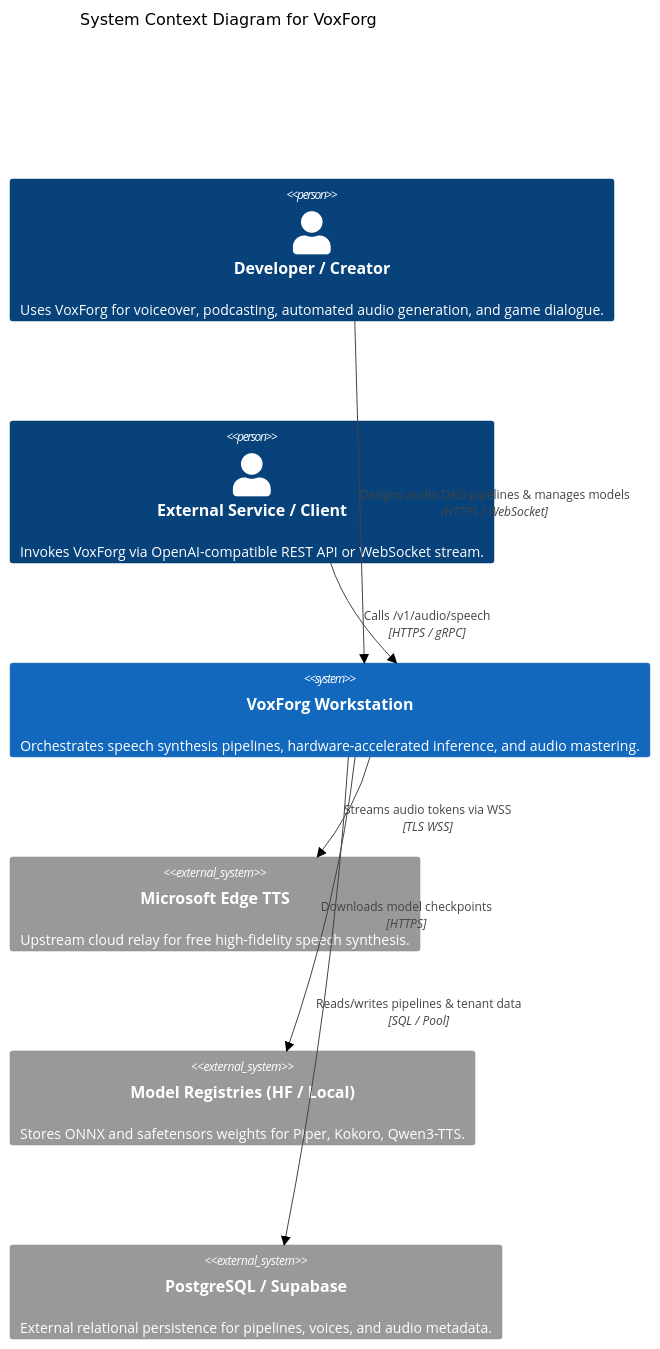
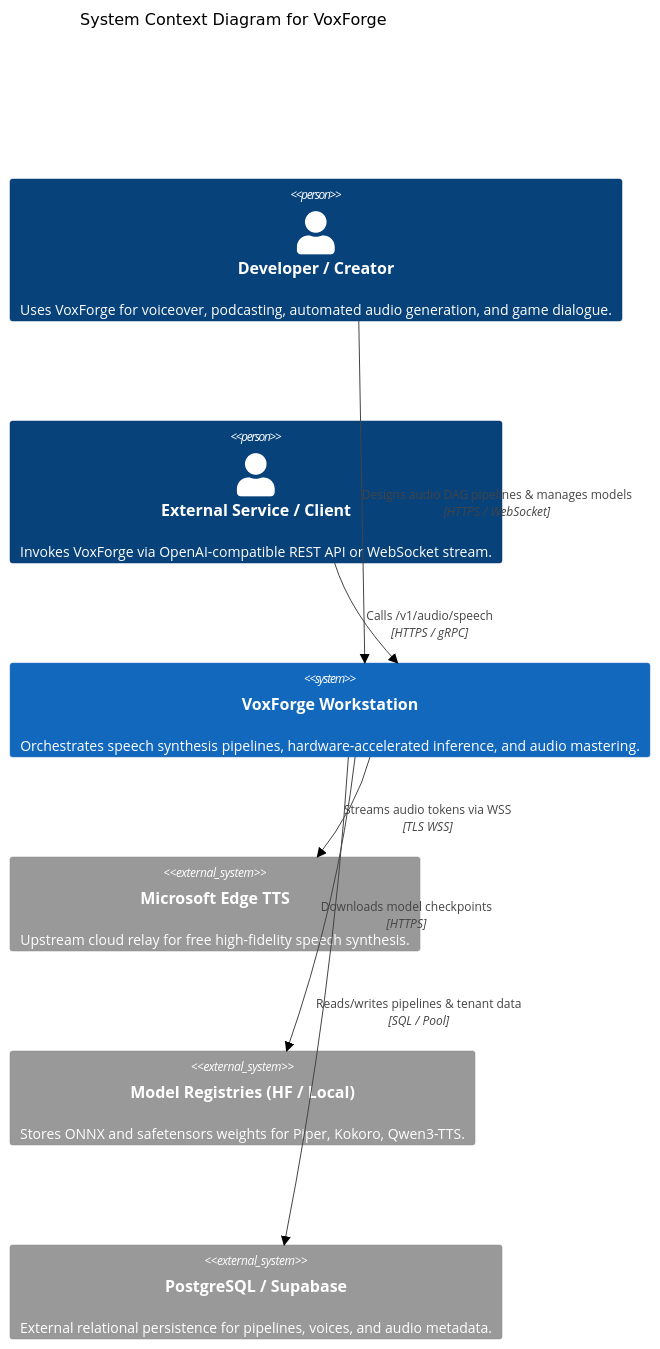
Before and after one commit to AMG555/VoxForge: the first of 8 diagrams in docs/architecture.md, drawn with Mermaid (neutral theme). The commit also changed other lines of this file and 294 other files, not shown here.

````diff
--- a/docs/architecture.md
+++ b/docs/architecture.md
@@ -22,19 +22,19 @@
 ```mermaid
 C4Context
-    title System Context Diagram for VoxForg
+    title System Context Diagram for VoxForge
 
-    Person(developer, "Developer / Creator", "Uses VoxForg for voiceover, podcasting, automated audio generation, and game dialogue.")
-    Person(api_consumer, "External Service / Client", "Invokes VoxForg via OpenAI-compatible REST API or WebSocket stream.")
+    Person(developer, "Developer / Creator", "Uses VoxForge for voiceover, podcasting, automated audio generation, and game dialogue.")
+    Person(api_consumer, "External Service / Client", "Invokes VoxForge via OpenAI-compatible REST API or WebSocket stream.")
 
-    System(voxforg, "VoxForg Workstation", "Orchestrates speech synthesis pipelines, hardware-accelerated inference, and audio mastering.")
+    System(voxforge, "VoxForge Workstation", "Orchestrates speech synthesis pipelines, hardware-accelerated inference, and audio mastering.")
 
     System_Ext(edge_tts, "Microsoft Edge TTS", "Upstream cloud relay for free high-fidelity speech synthesis.")
     System_Ext(huggingface, "Model Registries (HF / Local)", "Stores ONNX and safetensors weights for Piper, Kokoro, Qwen3-TTS.")
     System_Ext(postgres, "PostgreSQL / Supabase", "External relational persistence for pipelines, voices, and audio metadata.")
 
-    Rel(developer, voxforg, "Designs audio DAG pipelines & manages models", "HTTPS / WebSocket")
-    Rel(api_consumer, voxforg, "Calls /v1/audio/speech", "HTTPS / gRPC")
-    Rel(voxforg, edge_tts, "Streams audio tokens via WSS", "TLS WSS")
-    Rel(voxforg, huggingface, "Downloads model checkpoints", "HTTPS")
-    Rel(voxforg, postgres, "Reads/writes pipelines & tenant data", "SQL / Pool")
+    Rel(developer, voxforge, "Designs audio DAG pipelines & manages models", "HTTPS / WebSocket")
+    Rel(api_consumer, voxforge, "Calls /v1/audio/speech", "HTTPS / gRPC")
+    Rel(voxforge, edge_tts, "Streams audio tokens via WSS", "TLS WSS")
+    Rel(voxforge, huggingface, "Downloads model checkpoints", "HTTPS")
+    Rel(voxforge, postgres, "Reads/writes pipelines & tenant data", "SQL / Pool")
 ```
````
